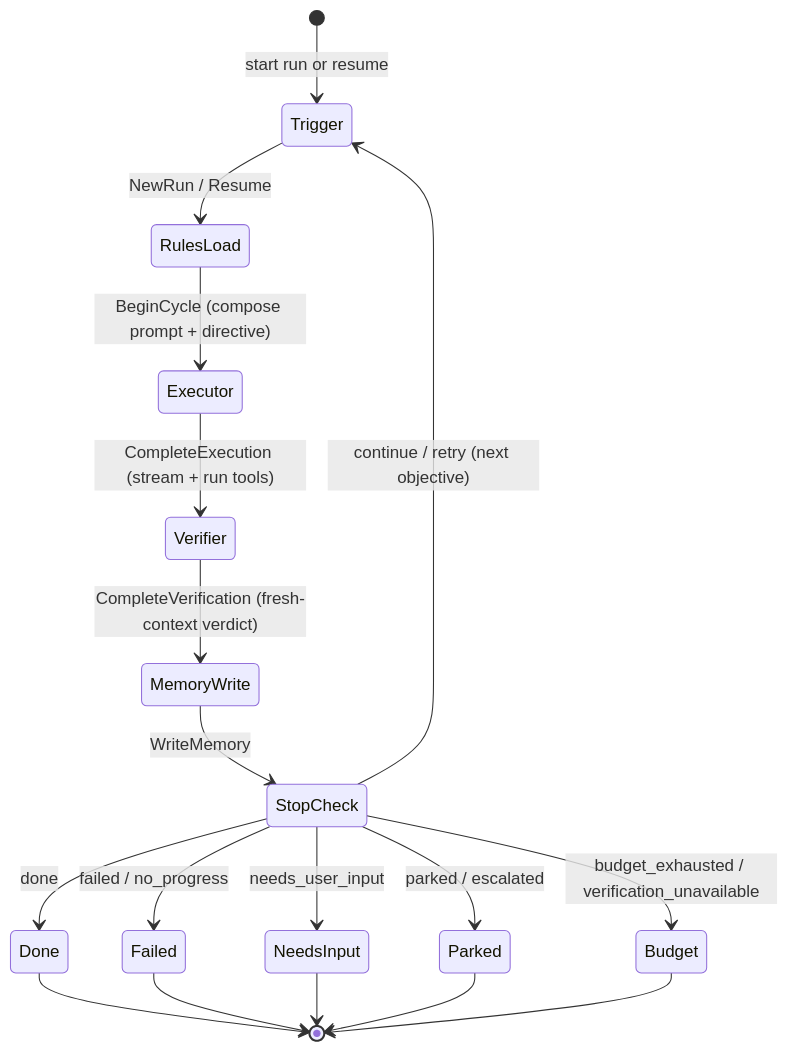
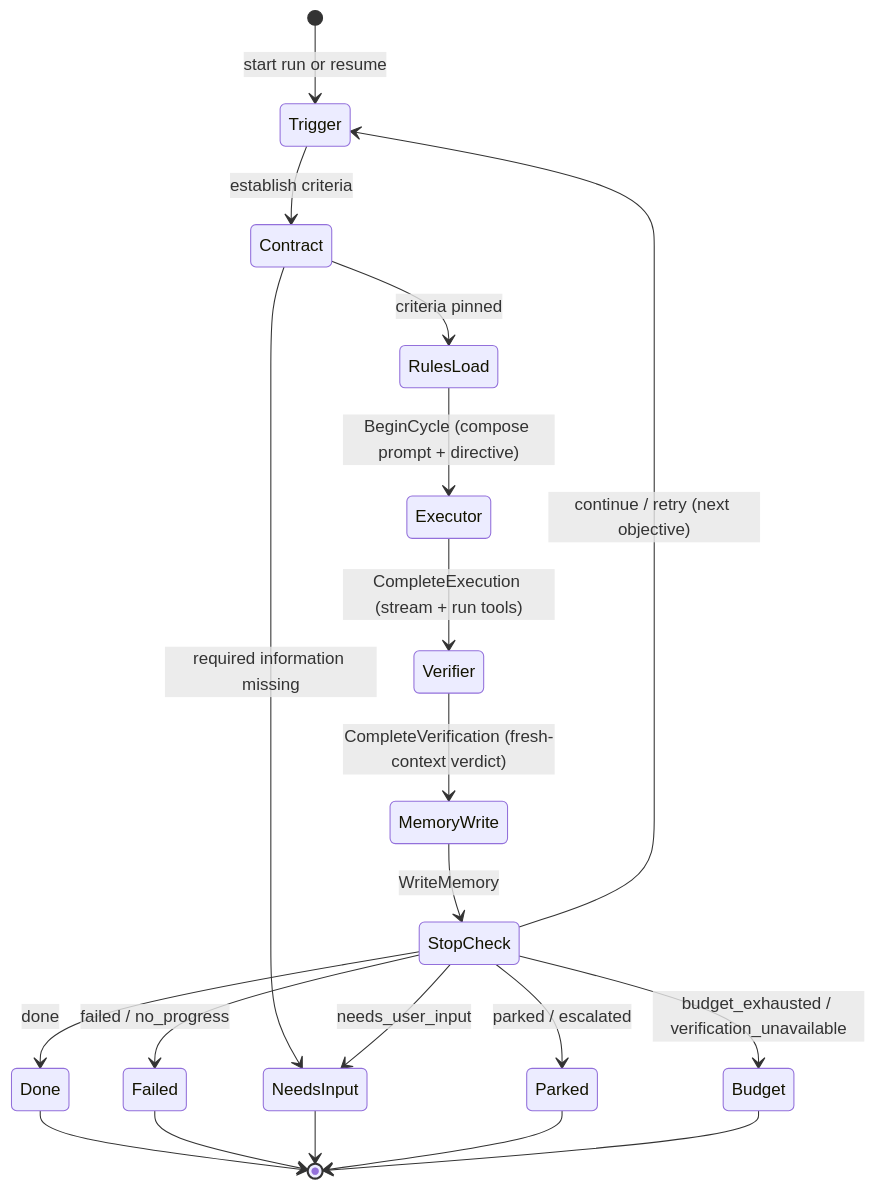
One commit to patrikcze/llmtui changed the second of 3 diagrams in docs/agent-loop.md. Above: the diagram before and after it, drawn with Mermaid. The commit also changed other lines of this file and 13 other files, not shown here.

Commit message:
refactor(agent): establish task contract before execution

````diff
--- a/docs/agent-loop.md
+++ b/docs/agent-loop.md
@@ -96,20 +101,22 @@
 ```mermaid
 stateDiagram-v2
     [*] --> Trigger: start run or resume
-    Trigger --> RulesLoad: NewRun / Resume
+    Trigger --> Contract: establish criteria
+    Contract --> RulesLoad: criteria pinned
+    Contract --> NeedsInput: required information missing
     RulesLoad --> Executor: BeginCycle (compose prompt + directive)
     Executor --> Verifier: CompleteExecution (stream + run tools)
     Verifier --> MemoryWrite: CompleteVerification (fresh-context verdict)
     MemoryWrite --> StopCheck: WriteMemory
     StopCheck --> Trigger: continue / retry (next objective)
     StopCheck --> Done: done
     StopCheck --> Failed: failed / no_progress
     StopCheck --> NeedsInput: needs_user_input
     StopCheck --> Parked: parked / escalated
     StopCheck --> Budget: budget_exhausted / verification_unavailable
     Done --> [*]
     Failed --> [*]
     NeedsInput --> [*]
     Parked --> [*]
     Budget --> [*]
 ```
````
